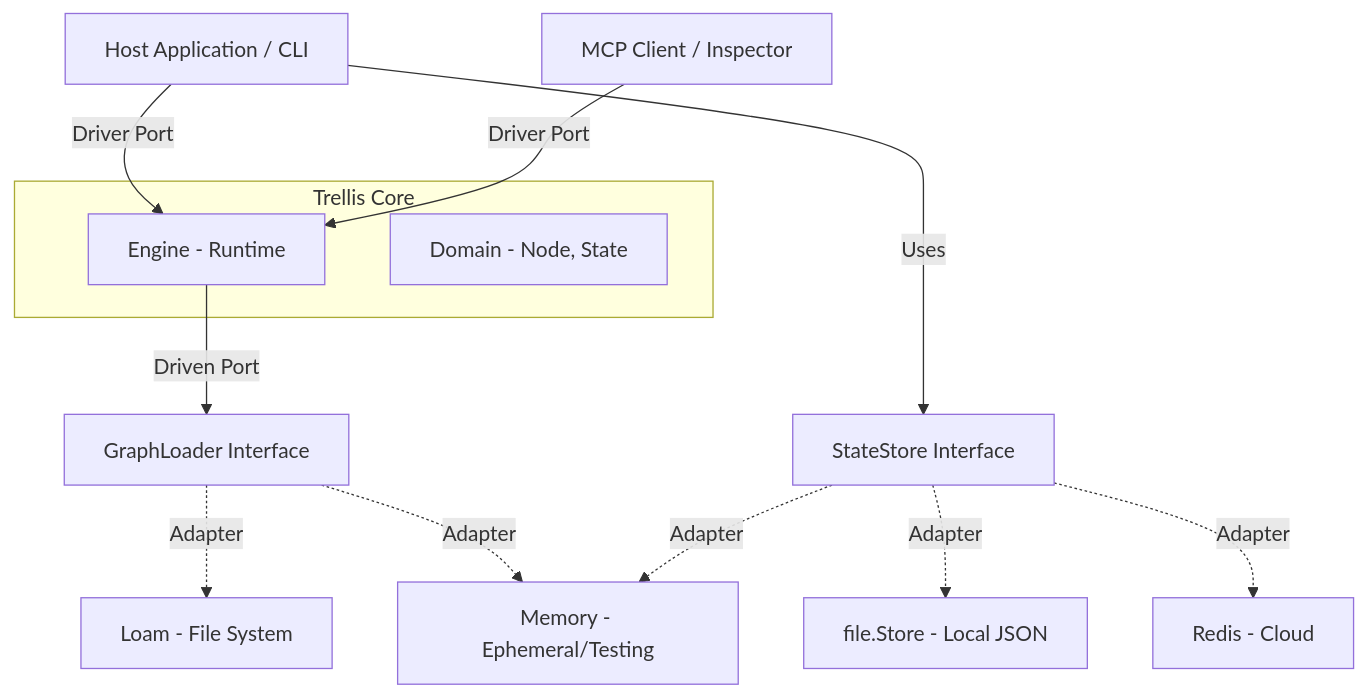
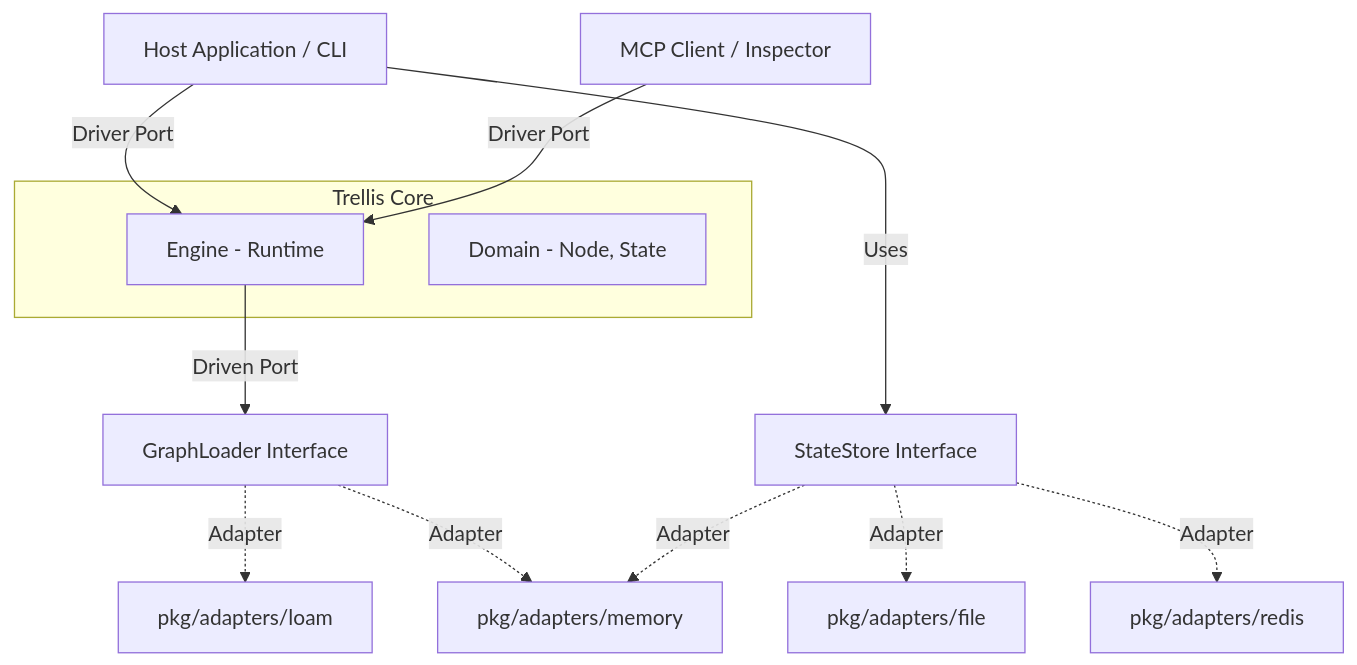
The second of 18 diagrams in docs/TECHNICAL.md (aretw0/trellis), drawn with Mermaid before and after one commit. The commit also changed 2 other files, not shown here.

Commit message:
docs: align philosophy and directory structure with library-first architecture

````diff
--- a/docs/TECHNICAL.md
+++ b/docs/TECHNICAL.md
@@ -91,17 +91,17 @@
 ```mermaid
 graph TD
     Host[Host Application / CLI] -->|Driver Port| Engine
     MCP[MCP Client / Inspector] -->|Driver Port| Engine
     subgraph "Trellis Core"
         Engine[Engine - Runtime]
         Domain[Domain - Node, State]
     end
     Engine -->|Driven Port| Loader[GraphLoader Interface]
-    Loader -.->|Adapter| Loam[Loam - File System]
-    Loader -.->|Adapter| Memory[Memory - Ephemeral/Testing]
+    Loader -.->|Adapter| Loam[pkg/adapters/loam]
+    Loader -.->|Adapter| Memory[pkg/adapters/memory]
     
     Host -->|Uses| Store[StateStore Interface]
-    Store -.->|Adapter| file.Store[file.Store - Local JSON]
-    Store -.->|Adapter| Redis[Redis - Cloud]
-    Store -.->|Adapter| Memory
+    Store -.->|Adapter| File[pkg/adapters/file]
+    Store -.->|Adapter| Redis[pkg/adapters/redis]
+    Store -.->|Adapter| Memory[pkg/adapters/memory]
 ```
````
